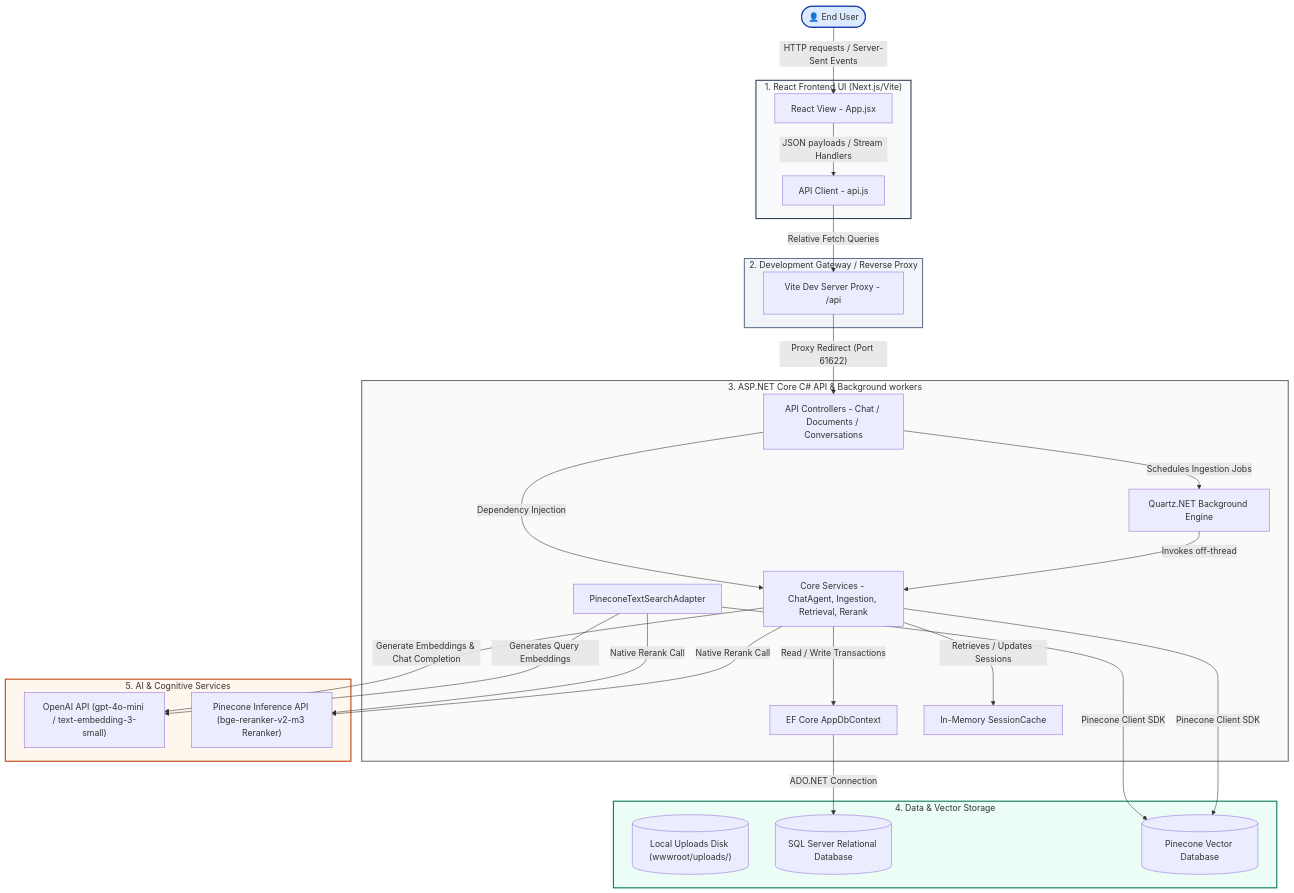
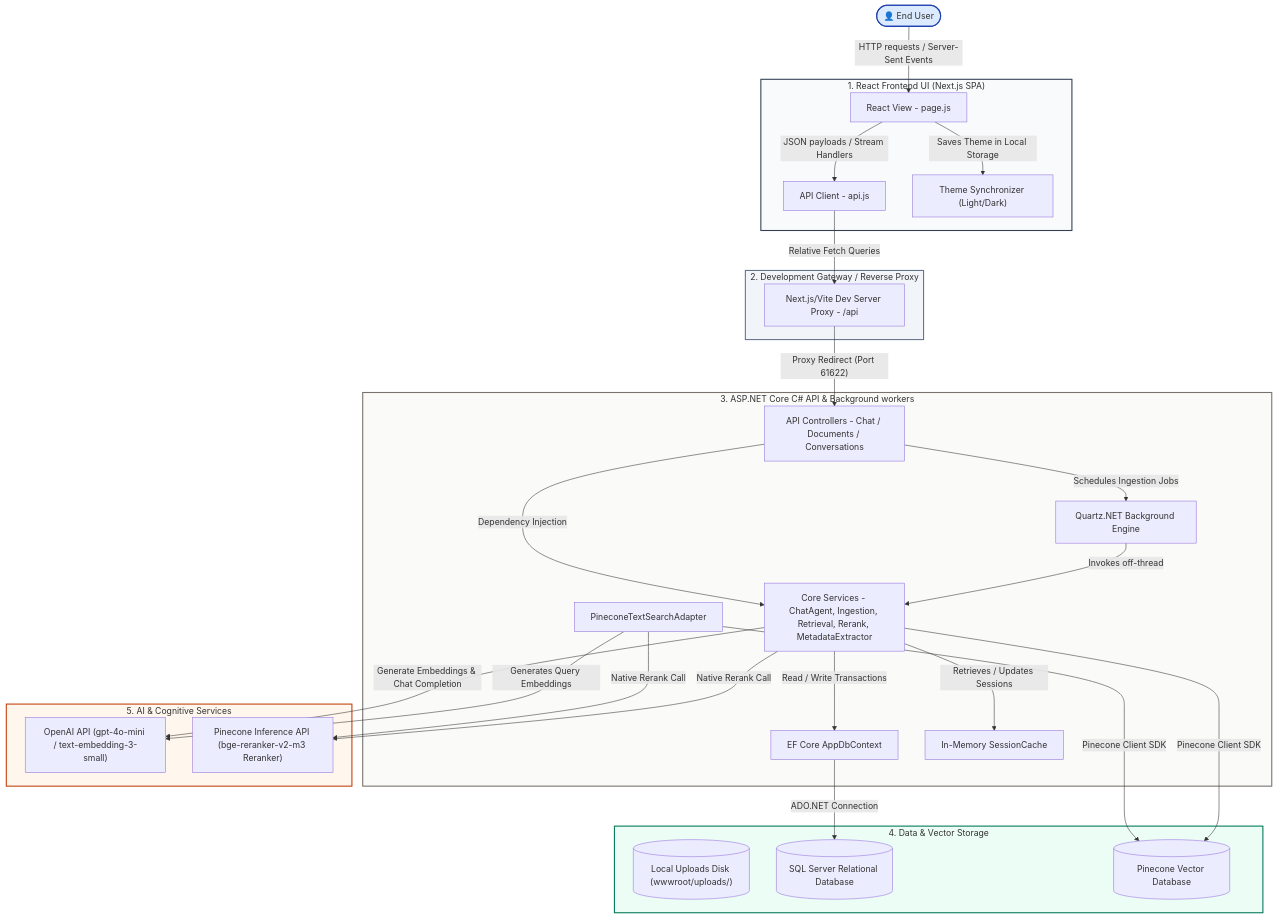
The first of 4 diagrams in README.md (albertpsi/MSAgentFrameworkRAG), drawn with Mermaid before and after one commit. The commit also changed other lines of this file and 20 other files, not shown here.

````diff
--- a/README.md
+++ b/README.md
@@ -43,60 +43,62 @@
 ```mermaid
 graph TB
     User(["👤 End User"])
     
-    subgraph ClientLayer ["1. React Frontend UI (Next.js/Vite)"]
-        UI["React View - App.jsx"]
+    subgraph ClientLayer ["1. React Frontend UI (Next.js SPA)"]
+        UI["React View - page.js"]
         API_Helper["API Client - api.js"]
+        Theme_Sync["Theme Synchronizer (Light/Dark)"]
     end
     
     subgraph ProxyLayer ["2. Development Gateway / Reverse Proxy"]
-        Proxy["Vite Dev Server Proxy - /api"]
+        Proxy["Next.js/Vite Dev Server Proxy - /api"]
     end
 
     subgraph BackendLayer ["3. ASP.NET Core C# API & Background workers"]
         Controllers["API Controllers - Chat / Documents / Conversations"]
-        Services["Core Services - ChatAgent, Ingestion, Retrieval, Rerank"]
+        Services["Core Services - ChatAgent, Ingestion, Retrieval, Rerank, MetadataExtractor"]
         Quartz["Quartz.NET Background Engine"]
         DB_Context["EF Core AppDbContext"]
         S_Cache["In-Memory SessionCache"]
         Vector_Adapter["PineconeTextSearchAdapter"]
     end
 
     subgraph StorageLayer ["4. Data & Vector Storage"]
         Disk[("Local Uploads Disk (wwwroot/uploads/)")]
         SQL_DB[("SQL Server Relational Database")]
         Pinecone_DB[("Pinecone Vector Database")]
     end
 
     subgraph AILayer ["5. AI & Cognitive Services"]
         OpenAI_API["OpenAI API (gpt-4o-mini / text-embedding-3-small)"]
         Pinecone_Inference["Pinecone Inference API (bge-reranker-v2-m3 Reranker)"]
     end
 
     User -->|"HTTP requests / Server-Sent Events"| UI
     UI -->|"JSON payloads / Stream Handlers"| API_Helper
+    UI -->|"Saves Theme in Local Storage"| Theme_Sync
     API_Helper -->|"Relative Fetch Queries"| Proxy
     Proxy -->|"Proxy Redirect (Port 61622)"| Controllers
     
     Controllers -->|"Dependency Injection"| Services
     Controllers -->|"Schedules Ingestion Jobs"| Quartz
     Quartz -->|"Invokes off-thread"| Services
     
     Services -->|"Read / Write Transactions"| DB_Context
     Services -->|"Retrieves / Updates Sessions"| S_Cache
     DB_Context -->|"ADO.NET Connection"| SQL_DB
     
     Services -->|"Generate Embeddings & Chat Completion"| OpenAI_API
     Vector_Adapter -->|"Pinecone Client SDK"| Pinecone_DB
     Services -->|"Pinecone Client SDK"| Pinecone_DB
     Vector_Adapter -->|"Generates Query Embeddings"| OpenAI_API
     Vector_Adapter -->|"Native Rerank Call"| Pinecone_Inference
     Services -->|"Native Rerank Call"| Pinecone_Inference
     
     style User fill:#dbeafe,stroke:#1e40af,stroke-width:2px;
     style ClientLayer fill:#f8fafc,stroke:#334155,stroke-width:2px;
     style ProxyLayer fill:#f1f5f9,stroke:#64748b,stroke-width:2px;
     style BackendLayer fill:#fafaf9,stroke:#78716c,stroke-width:2px;
     style StorageLayer fill:#ecfdf5,stroke:#047857,stroke-width:2px;
     style AILayer fill:#fff7ed,stroke:#c2410c,stroke-width:2px;
 ```
````
